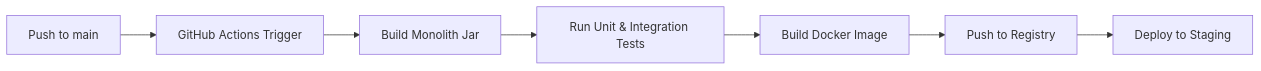
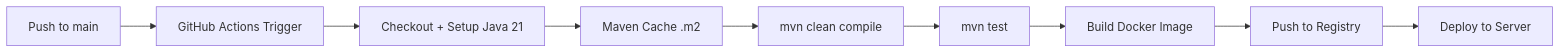
The first of 2 diagrams in docs/07-deployment-devops.md (123suraj-sky/DevOps-Suite), drawn with Mermaid before and after one commit. The commit also changed other lines of this file and 14 other files, not shown here.

````diff
--- a/docs/07-deployment-devops.md
+++ b/docs/07-deployment-devops.md
@@ -10,9 +14,11 @@
 ```mermaid
 flowchart LR
     A[Push to main] --> B[GitHub Actions Trigger]
-    B --> C[Build Monolith Jar]
-    C --> D[Run Unit & Integration Tests]
-    D --> E[Build Docker Image]
-    E --> F[Push to Registry]
-    F --> G[Deploy to Staging]
+    B --> C[Checkout + Setup Java 21]
+    C --> D[Maven Cache .m2]
+    D --> E[mvn clean compile]
+    E --> F[mvn test]
+    F --> G[Build Docker Image]
+    G --> H[Push to Registry]
+    H --> I[Deploy to Server]
 ```
````
